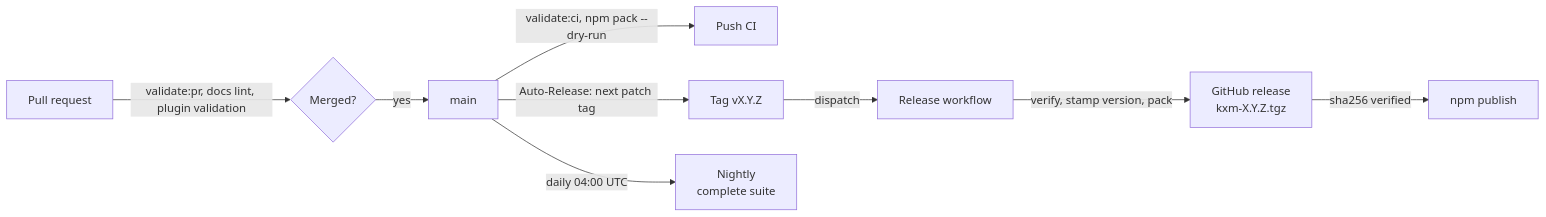
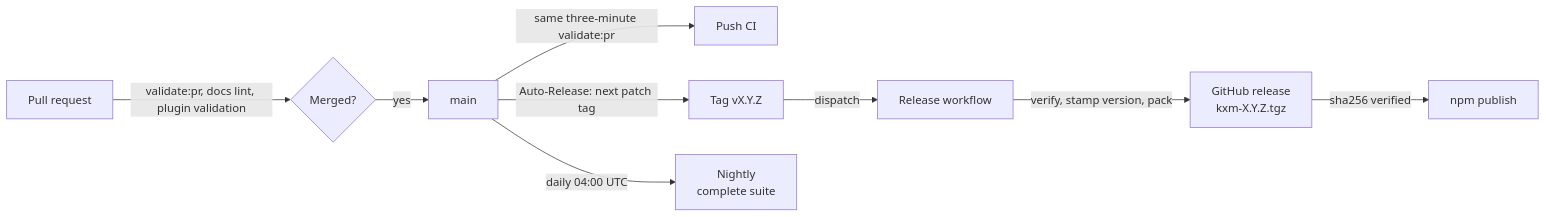
Before and after one commit to kontextmind/kxm: the diagram in docs/contributing/ci-and-release.md, drawn with Mermaid. The commit also changed other lines of this file and 3 other files, not shown here.

First line of the commit message:
docs(ci): describe the three-minute gate, the docs-only skip and ARC routing (#301)

````diff
--- a/docs/contributing/ci-and-release.md
+++ b/docs/contributing/ci-and-release.md
@@ -13,11 +15,11 @@
 ```mermaid
 flowchart LR
   PR[Pull request] -->|"validate:pr, docs lint, plugin validation"| MERGE{Merged?}
   MERGE -->|yes| MAIN[main]
-  MAIN -->|"validate:ci, npm pack --dry-run"| PUSH[Push CI]
+  MAIN -->|"same three-minute validate:pr"| PUSH[Push CI]
   MAIN -->|"Auto-Release: next patch tag"| TAG[Tag vX.Y.Z]
   TAG -->|dispatch| REL[Release workflow]
   REL -->|"verify, stamp version, pack"| GH[GitHub release<br/>kxm-X.Y.Z.tgz]
   GH -->|"sha256 verified"| NPM[npm publish]
   MAIN -->|"daily 04:00 UTC"| NIGHT[Nightly<br/>complete suite]
 ```
````
